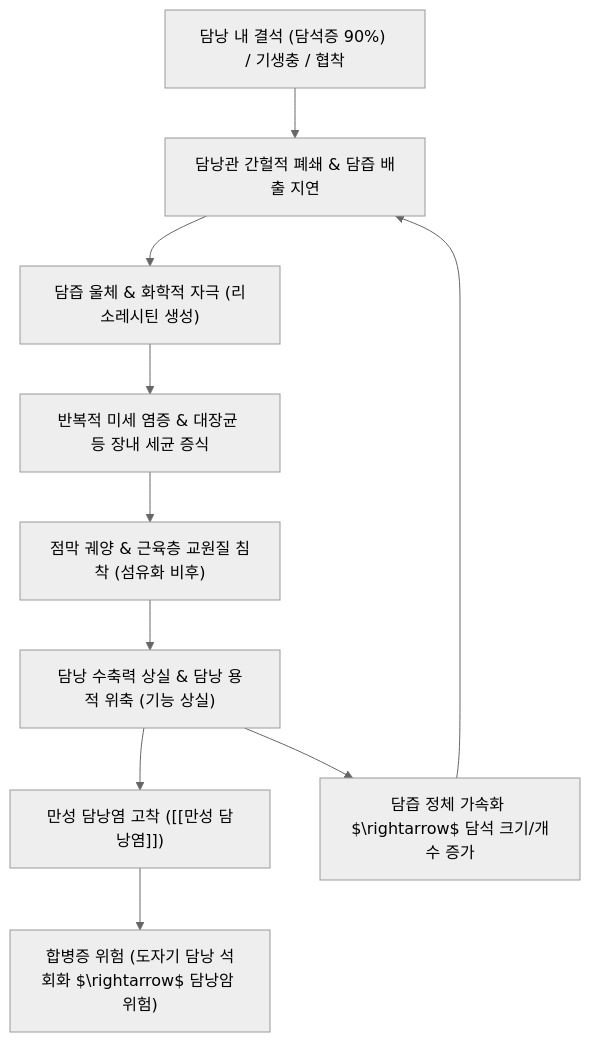
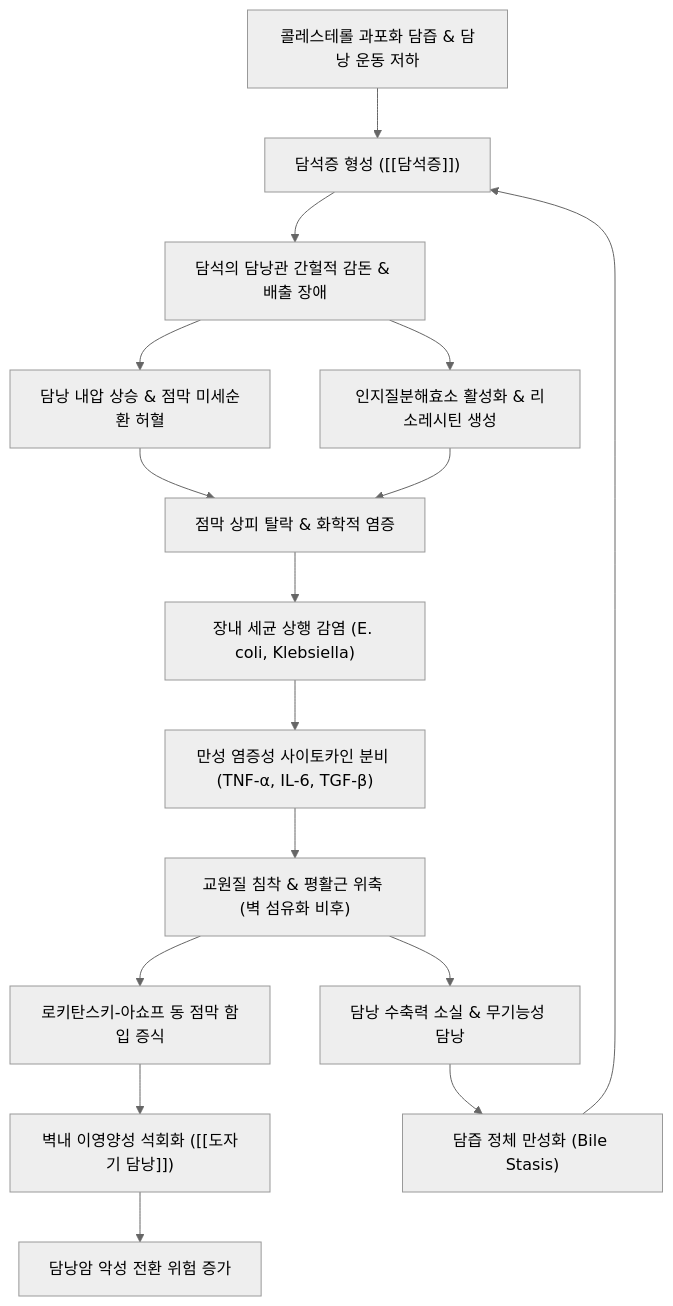
One commit to simbio11/simbio-digital-garden2 changed the diagram in content/3. 이론 공부/질환/간 질환/담도 질환/만성 담낭염.md. Above: the diagram before and after it, drawn with Mermaid (neutral theme). The commit also changed other lines of this file and 147 other files, not shown here.

````diff
--- a/content/3. 이론 공부/질환/간 질환/담도 질환/만성 담낭염.md
+++ b/content/3. 이론 공부/질환/간 질환/담도 질환/만성 담낭염.md
@@ -67,12 +114,18 @@
 ```mermaid
 graph TD
-    Stone["담낭 내 결석 (담석증 90%) / 기생충 / 협착"] --> IntermittentBlock["담낭관 간헐적 폐쇄 & 담즙 배출 지연"]
-    IntermittentBlock --> BileStasis["담즙 울체 & 화학적 자극 (리소레시틴 생성)"]
-    BileStasis --> SubacuteInflam["반복적 미세 염증 & 대장균 등 장내 세균 증식"]
-    SubacuteInflam --> Fibrosis["점막 궤양 & 근육층 교원질 침착 (섬유화 비후)"]
-    Fibrosis --> Dysmotility["담낭 수축력 상실 & 담낭 용적 위축 (기능 상실)"]
-    Dysmotility --> ChronicCholecystitis["만성 담낭염 고착 ([[만성 담낭염]])"]
-    Dysmotility --> GallstoneWorsen["담즙 정체 가속화 $\rightarrow$ 담석 크기/개수 증가"]
-    GallstoneWorsen --> IntermittentBlock
-    ChronicCholecystitis --> Complication["합병증 위험 (도자기 담낭 석회화 $\rightarrow$ 담낭암 위험)"]
+    Litho["콜레스테롤 과포화 담즙 & 담낭 운동 저하"] --> Stones["담석증 형성 ([[담석증]])"]
+    Stones --> Block["담석의 담낭관 간헐적 감돈 & 배출 장애"]
+    Block --> Ischemia["담낭 내압 상승 & 점막 미세순환 허혈"]
+    Block --> Chemical["인지질분해효소 활성화 & 리소레시틴 생성"]
+    Chemical --> MucosalDmg["점막 상피 탈락 & 화학적 염증"]
+    Ischemia --> MucosalDmg
+    MucosalDmg --> Bacterial["장내 세균 상행 감염 (E. coli, Klebsiella)"]
+    Bacterial --> Cytokines["만성 염증성 사이토카인 분비 (TNF-α, IL-6, TGF-β)"]
+    Cytokines --> Fibrosis["교원질 침착 & 평활근 위축 (벽 섬유화 비후)"]
+    Fibrosis --> RAS["로키탄스키-아쇼프 동 점막 함입 증식"]
+    Fibrosis --> Atony["담낭 수축력 소실 & 무기능성 담낭"]
+    Atony --> Stasis["담즙 정체 만성화 (Bile Stasis)"]
+    Stasis --> Stones
+    RAS --> Porcelain["벽내 이영양성 석회화 ([[도자기 담낭]])"]
+    Porcelain --> Malignancy["담낭암 악성 전환 위험 증가"]
 ```
````
